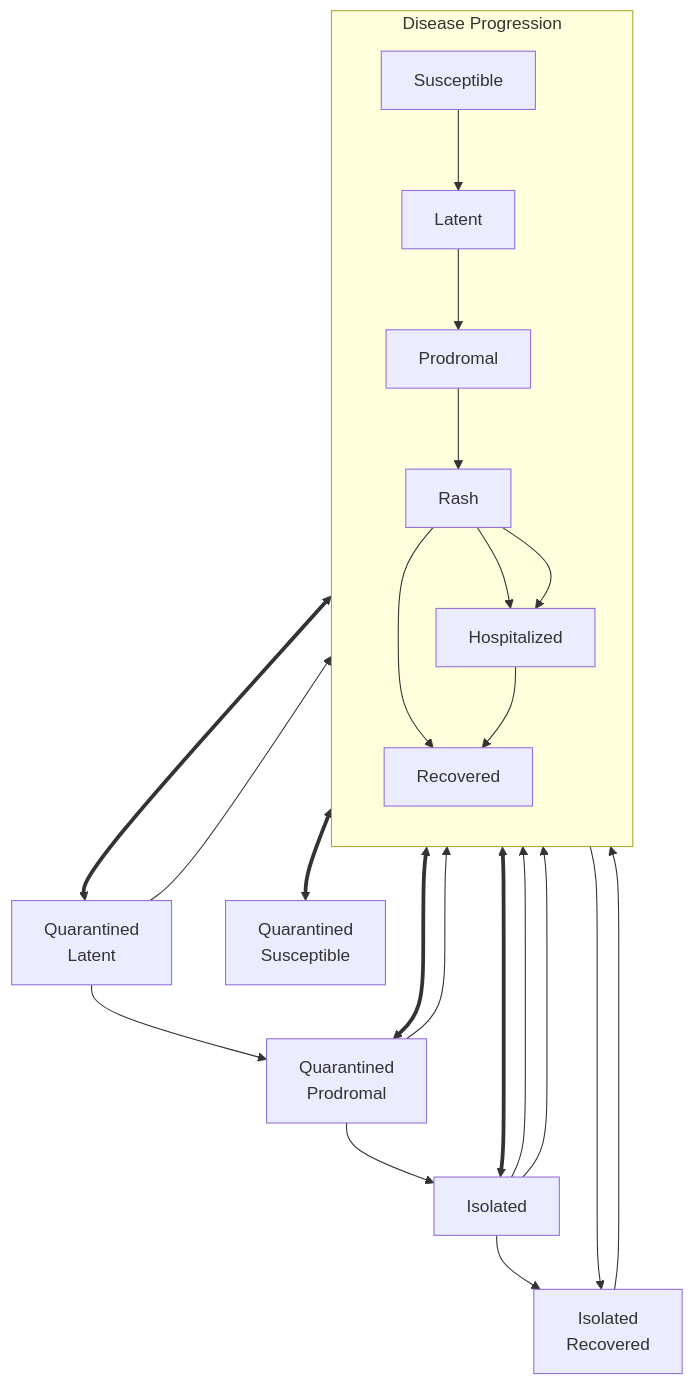
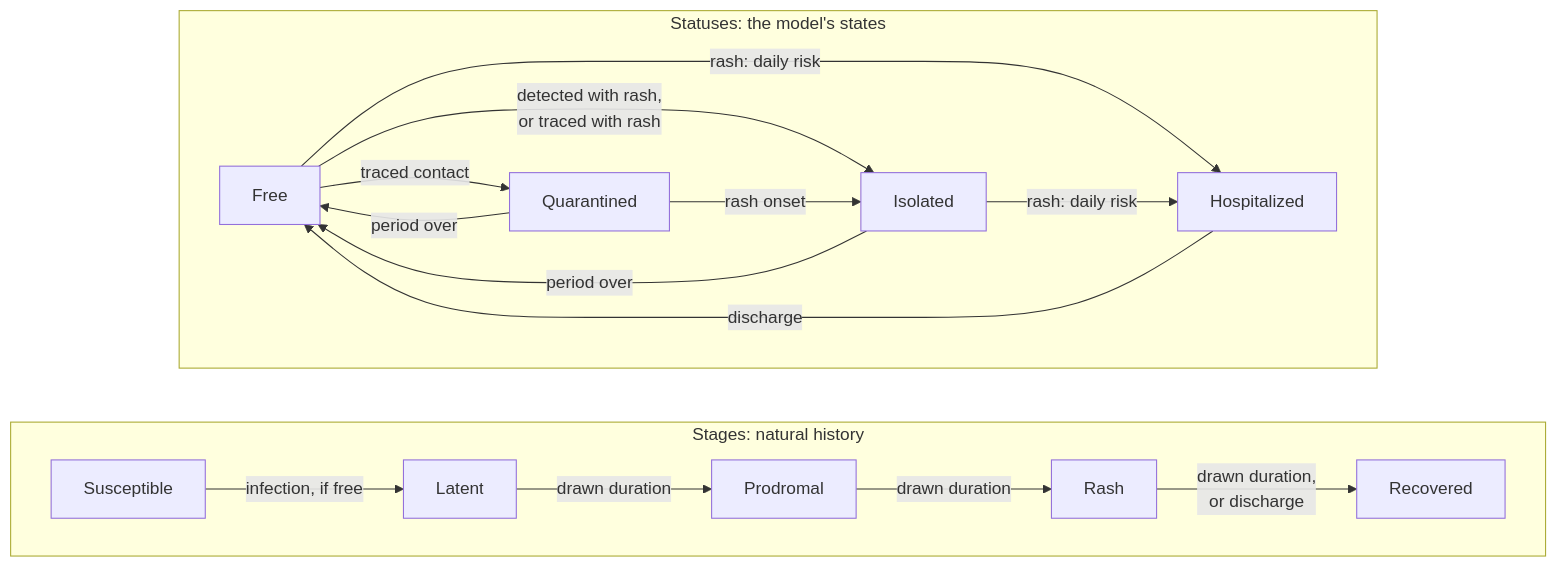
One commit to UofUEpiBio/epiworld changed the diagram in include/measles/measlesmixing.mmd. Above: the diagram before and after it, drawn with Mermaid. The commit also changed other lines of this file and 33 other files, not shown here.

```diff
--- a/include/measles/measlesmixing.mmd
+++ b/include/measles/measlesmixing.mmd
@@ -1,54 +1,27 @@
-flowchart TB
+flowchart LR
 
-    %% Disease progression states
-    subgraph Main[Disease Progression]
-        direction TB
-        S[Susceptible]
-        E[Latent]
-        P[Prodromal]
-        Ra[Rash]
-        Re[Recovered]
-        H[Hospitalized]
+    %% The natural history: what the disease does (every agent has a stage)
+    subgraph Stages[Stages: natural history]
+        direction LR
+        S[Susceptible] -->|infection, if free| L[Latent]
+        L -->|drawn duration| P[Prodromal]
+        P -->|drawn duration| Ra[Rash]
+        Ra -->|drawn duration,<br>or discharge| Re[Recovered]
     end
 
-    S --> E
-    E --> P
-    P --> Ra
-    Ra --> Re
-    
-    Ra --> H
-    H --> Re
-
-    %% Quarantine states
-    Qe[Quarantined<br>Latent]
-    Qs[Quarantined<br>Susceptible]
-    Qp[Quarantined<br>Prodromal]
-    I[Isolated]
-    Ir[Isolated<br>Recovered]
-
-    %% Prodromal updates
-    P <==> Qp
-
-    %% Rash updates
-    Ra <==> I
-    Ra --> Ir
-    Ra --> H
-
-    %% Isolation process
-    I --> Re
-    I --> Ir
-    I --> H
-
-    %% Isolation recoveries
-    Ir --> Re
-
-    %% Quarantine process
-    S <==> Qs
-
-    %% Quarantine Latent
-    Qe --> Qp
-    Qe --> P
-    E <==> Qe
-
-    Qp --> I
-    Qp --> Ra
+    %% The statuses: where the agent is (who it meets)
+    subgraph Statuses[Statuses: the model's states]
+        direction LR
+        F[Free]
+        Q[Quarantined]
+        I[Isolated]
+        H[Hospitalized]
+        F -->|traced contact| Q
+        Q -->|period over| F
+        F -->|detected with rash,<br>or traced with rash| I
+        Q -->|rash onset| I
+        I -->|period over| F
+        F -->|rash: daily risk| H
+        I -->|rash: daily risk| H
+        H -->|discharge| F
+    end
```
